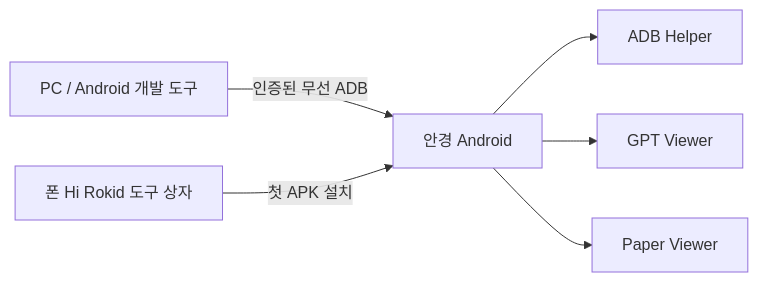
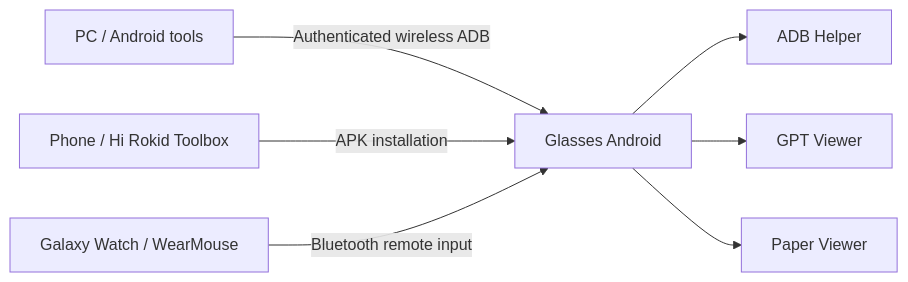
Before and after one commit to KangChansoo/rokid-glasses-dev: the diagram in docs/ARCHITECTURE.md, drawn with Mermaid. The commit also changed other lines of this file and 20 other files, not shown here.

````diff
--- a/docs/ARCHITECTURE.md
+++ b/docs/ARCHITECTURE.md
@@ -5,8 +7,9 @@
 ```mermaid
 flowchart LR
-  PC[PC / Android 개발 도구] -->|인증된 무선 ADB| OS[안경 Android]
-  PHONE[폰 Hi Rokid 도구 상자] -->|첫 APK 설치| OS
+  PC[PC / Android tools] -->|Authenticated wireless ADB| OS[Glasses Android]
+  PHONE[Phone / Hi Rokid Toolbox] -->|APK installation| OS
+  WATCH[Galaxy Watch / WearMouse] -->|Bluetooth remote input| OS
   OS --> HELPER[ADB Helper]
   OS --> GPT[GPT Viewer]
   OS --> PDF[Paper Viewer]
 ```
````
